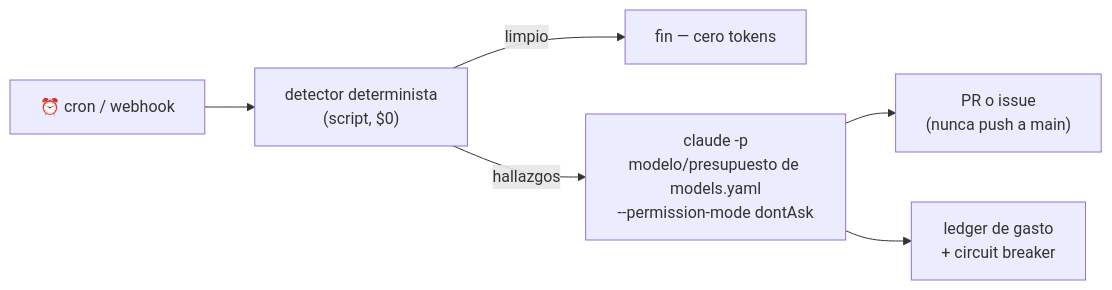
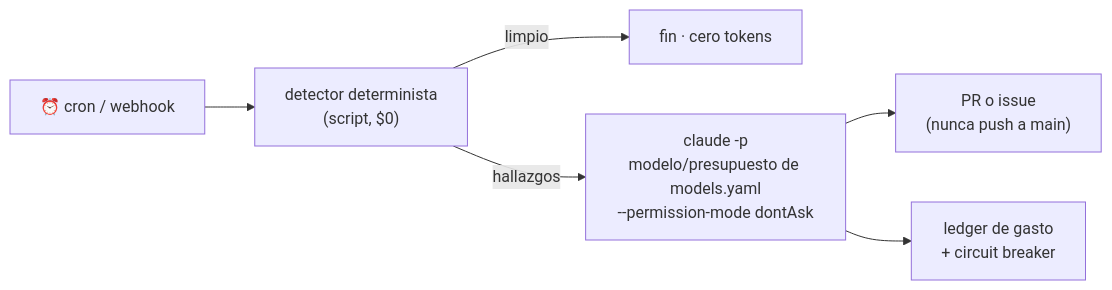
One commit to andresgarcia29/harness-creator changed the sixth of 7 diagrams in README.md. Above: the diagram before and after it, drawn with Mermaid. The commit also changed other lines of this file and 1 other file, not shown here.

````diff
--- a/README.md
+++ b/README.md
@@ -616,8 +684,8 @@
 ```mermaid
 flowchart LR
     C["⏰ cron / webhook"] --> DET["detector determinista<br/>(script, $0)"]
-    DET -->|"limpio"| Z["fin — cero tokens"]
+    DET -->|"limpio"| Z["fin · cero tokens"]
     DET -->|"hallazgos"| AG["claude -p<br/>modelo/presupuesto de models.yaml<br/>--permission-mode dontAsk"]
     AG --> PR["PR o issue<br/>(nunca push a main)"]
     AG --> L["ledger de gasto<br/>+ circuit breaker"]
 ```
````
